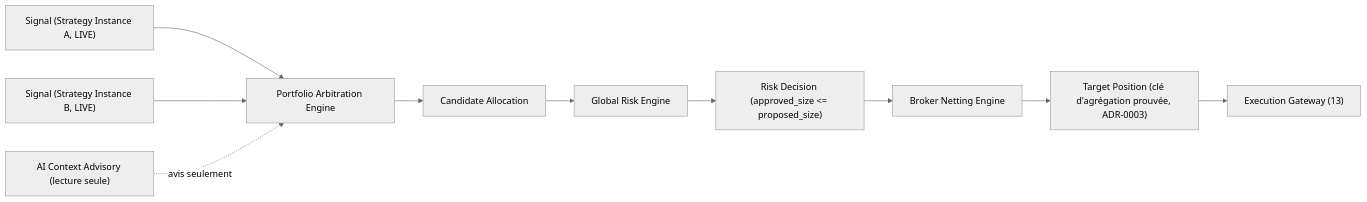
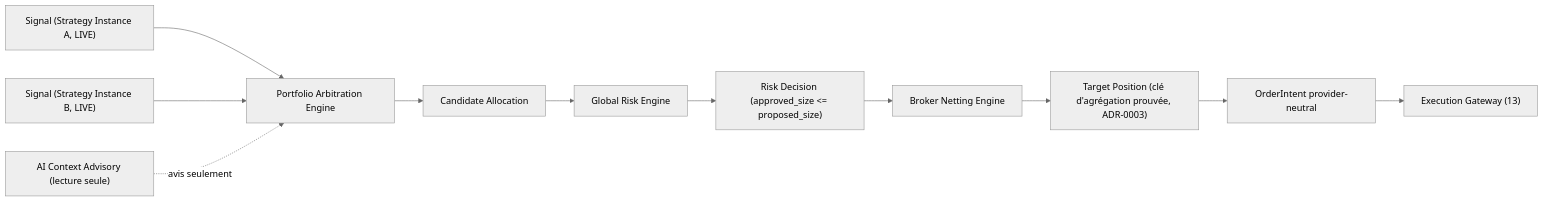
One commit to Moustaphasow01/tv-automation-desk changed the diagram in docs/trading-desk-target-blueprint/11-PORTFOLIO-ARBITRATION-GLOBAL-RISK-AND-NETTING.md. Above: the diagram before and after it, drawn with Mermaid (neutral theme). The commit also changed other lines of this file and 855 other files, not shown here.

````diff
--- a/docs/trading-desk-target-blueprint/11-PORTFOLIO-ARBITRATION-GLOBAL-RISK-AND-NETTING.md
+++ b/docs/trading-desk-target-blueprint/11-PORTFOLIO-ARBITRATION-GLOBAL-RISK-AND-NETTING.md
@@ -62,12 +149,13 @@
 ```mermaid
 flowchart LR
     S1["Signal (Strategy Instance A, LIVE)"] --> PAE["Portfolio Arbitration Engine"]
     S2["Signal (Strategy Instance B, LIVE)"] --> PAE
     ADV["AI Context Advisory (lecture seule)"] -.avis seulement.-> PAE
     PAE --> CA["Candidate Allocation"]
     CA --> GRE["Global Risk Engine"]
     GRE --> RD["Risk Decision (approved_size <= proposed_size)"]
     RD --> BNE["Broker Netting Engine"]
     BNE --> TP["Target Position (clé d'agrégation prouvée, ADR-0003)"]
-    TP --> EG["Execution Gateway (13)"]
+    TP --> OI["OrderIntent provider-neutral"]
+    OI --> EG["Execution Gateway (13)"]
 ```
````
